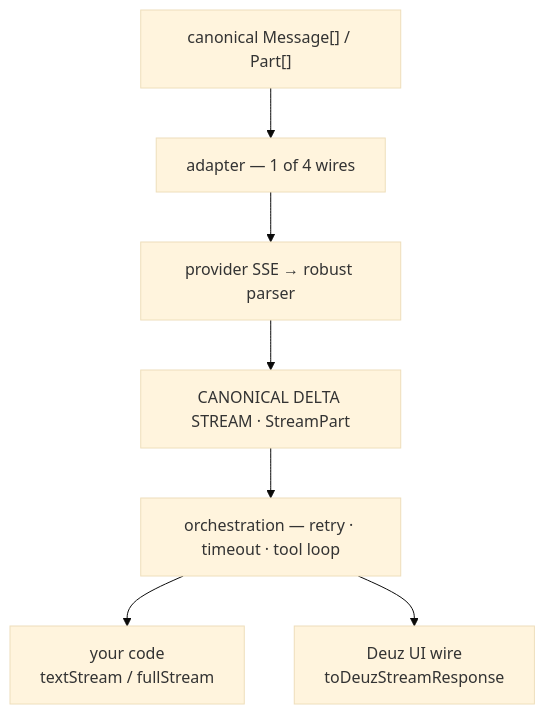
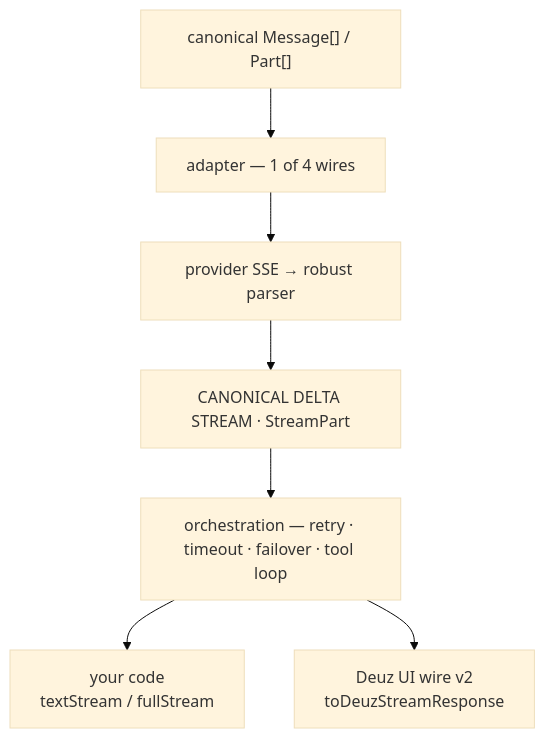
One commit to Deuz-AI/Deuz-SDK changed the diagram in README.md. Above: the diagram before and after it, drawn with Mermaid (base theme). The commit also changed other lines of this file and 10 other files, not shown here.

````diff
--- a/README.md
+++ b/README.md
@@ -282,9 +379,9 @@
 ```mermaid
 flowchart TB
     A["canonical Message[] / Part[]"] --> B["adapter — 1 of 4 wires"]
     B --> C["provider SSE → robust parser"]
     C --> D["CANONICAL DELTA STREAM · StreamPart"]
-    D --> E["orchestration — retry · timeout · tool loop"]
+    D --> E["orchestration — retry · timeout · failover · tool loop"]
     E --> F["your code<br>textStream / fullStream"]
-    E --> G["Deuz UI wire<br>toDeuzStreamResponse"]
+    E --> G["Deuz UI wire v2<br>toDeuzStreamResponse"]
 ```
````
